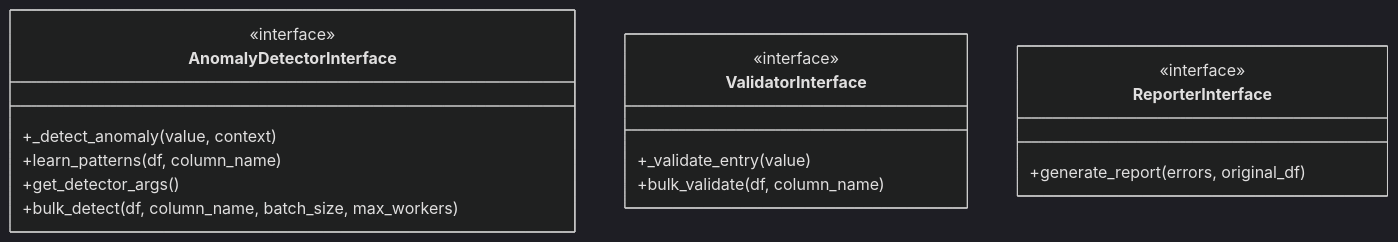
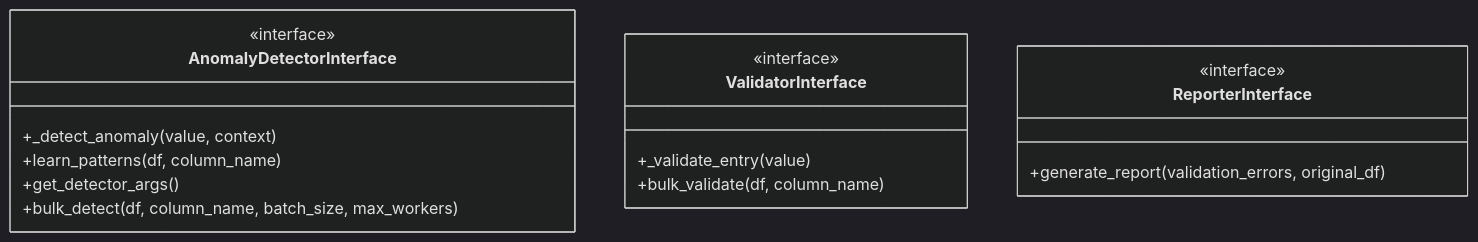
Before and after one commit to xafron-bv/data-quality-monitoring: the diagram in docs/api/interfaces.md, drawn with Mermaid (dark theme). The commit also changed 4 other files, not shown here.

````diff
--- a/docs/api/interfaces.md
+++ b/docs/api/interfaces.md
@@ -9,21 +9,21 @@
 ```mermaid
 classDiagram
     class AnomalyDetectorInterface {
         <<interface>>
         +_detect_anomaly(value, context)
         +learn_patterns(df, column_name)
         +get_detector_args()
         +bulk_detect(df, column_name, batch_size, max_workers)
     }
     
     class ValidatorInterface {
         <<interface>>
         +_validate_entry(value)
         +bulk_validate(df, column_name)
     }
     
     class ReporterInterface {
         <<interface>>
-        +generate_report(errors, original_df)
+        +generate_report(validation_errors, original_df)
     }
 ```
````
